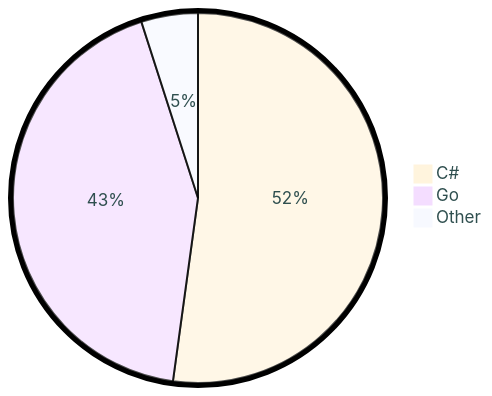
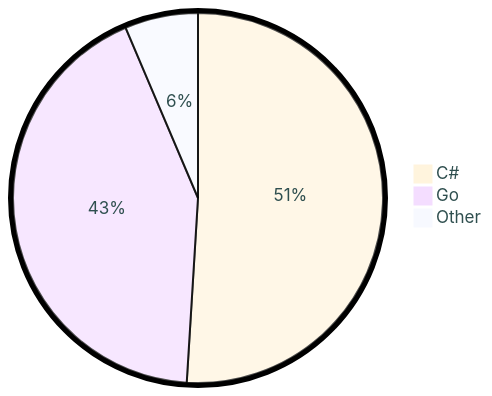
The diagram in README.md (tot0p/tot0p), drawn with Mermaid before and after one commit. The commit also changed other lines of this file, not shown here.

````diff
--- a/README.md
+++ b/README.md
@@ -73,7 +73,7 @@
 ```mermaid
 %%{init: {"pie": {"textPosition": 0.5}, "themeVariables": {"pieOuterStrokeWidth": "5px","primaryTextColor" : "#2F4F4F"},"theme":"base"} }%%
 pie
-	"C#": 52.17
-	"Go": 42.89
-	"Other": 4.95
+	"C#": 50.97
+	"Go": 42.63
+	"Other": 6.4
 ```
````
